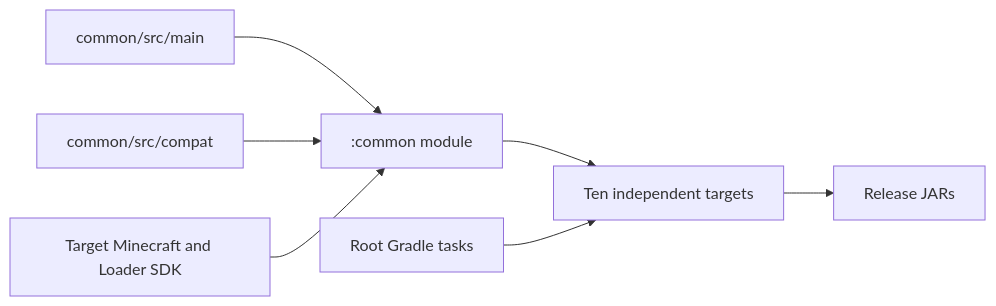
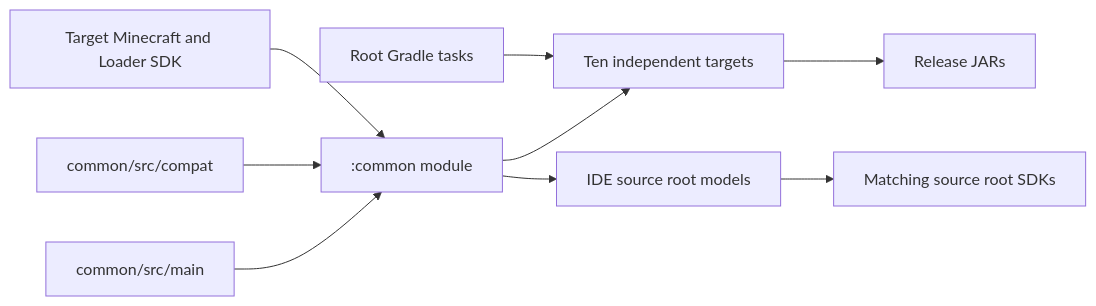
One commit to kltyton/XaeroWorldMapEarth changed the diagram in README.md. Above: the diagram before and after it, drawn with Mermaid. The commit also changed other lines of this file and 10 other files, not shown here.

````diff
--- a/README.md
+++ b/README.md
@@ -73,9 +73,11 @@
 ```mermaid
 flowchart LR
     Main[common/src/main] --> Common[:common module]
     Compat[common/src/compat] --> Common
     SDK[Target Minecraft and Loader SDK] --> Common
     Common --> Targets[Ten independent targets]
+    Common --> Models[IDE source root models]
+    Models --> IDE[Matching source root SDKs]
     Root[Root Gradle tasks] --> Targets
     Targets --> Jars[Release JARs]
 ```
````
